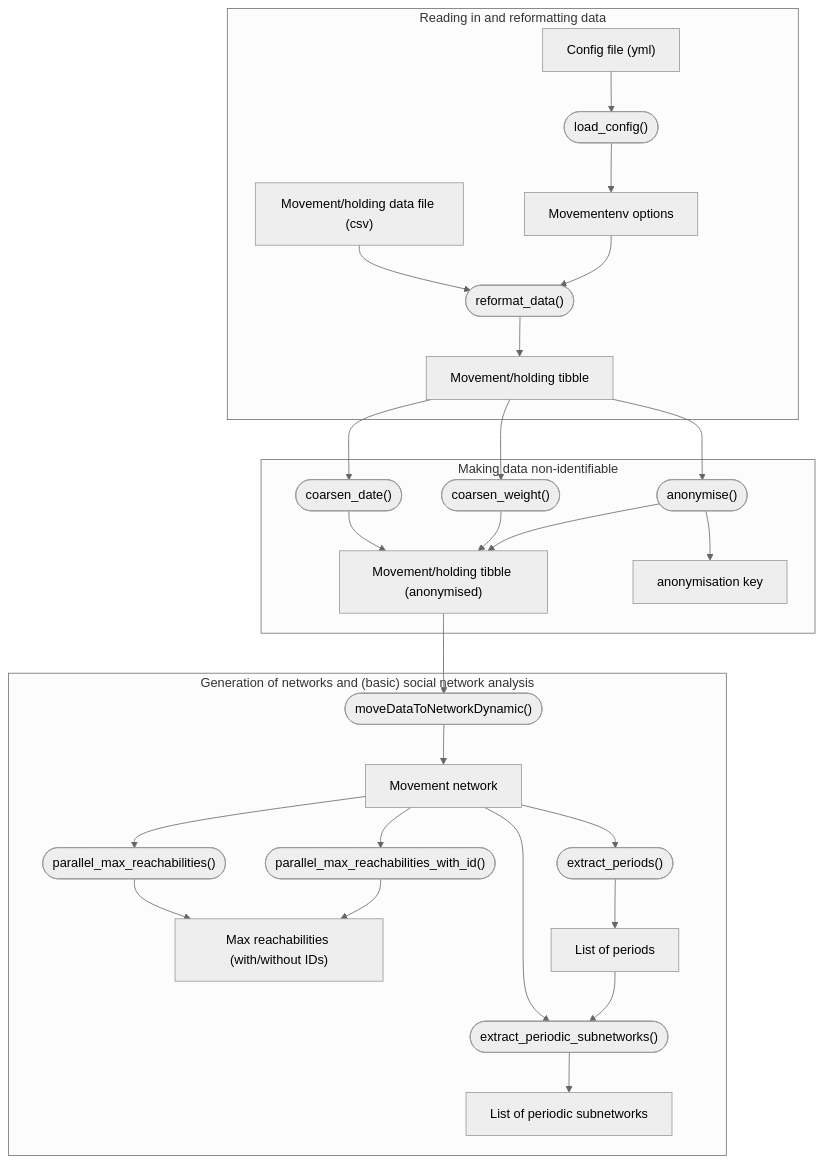
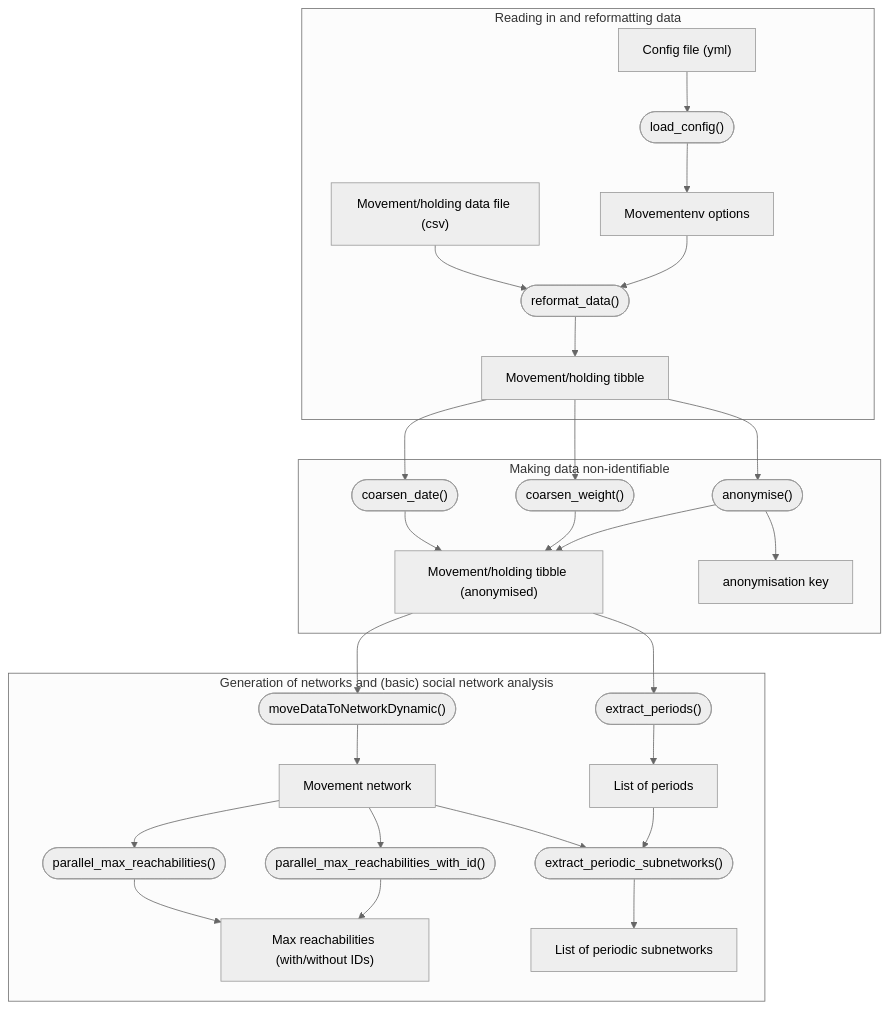
The diagram in man/figures/readme-flowchart.mmd (digivet-consortium/movenet), drawn with Mermaid before and after one commit. The commit also changed 1 other file, not shown here.

Commit message:
fix mistake in flowchart

```diff
--- a/man/figures/readme-flowchart.mmd
+++ b/man/figures/readme-flowchart.mmd
@@ -1,25 +1,25 @@
 %%{init: {'theme':'neutral'}}%%
 flowchart TD
     subgraph reformat ["Reading in and reformatting data"]
     CSV["Movement/holding data file (csv)"]
     CSV-->REFORMAT(["reformat_data()"])
     YML["Config file (yml)"]
     YML --> CFG(["load_config()"]) --> ENV[Movementenv options]
     ENV --> REFORMAT
     REFORMAT --> TBL["Movement/holding tibble"]
     end
     subgraph anonymisation ["Making data non-identifiable"]
     TBL --> CDT(["coarsen_date()"]) --> ATBL["Movement/holding tibble (anonymised)"]
     TBL --> CWT(["coarsen_weight()"]) --> ATBL
     TBL --> ANON(["anonymise()"]) --> ATBL
     ANON --> ANONKEY["anonymisation key"]
     end
     subgraph net ["Generation of networks and (basic) social network analysis"]
     ATBL --> MKNET(["moveDataToNetworkDynamic()"])
     MKNET --> NET[Movement network]
     NET --> PMR(["parallel_max_reachabilities()"]) --> MR["Max reachabilities (with/without IDs)"]
     NET --> PMRID(["parallel_max_reachabilities_with_id()"]) --> MR
-    NET --> EXPER(["extract_periods()"]) --> PER["List of periods"]
+    ATBL --> EXPER(["extract_periods()"]) --> PER["List of periods"]
     NET --> EXPSN(["extract_periodic_subnetworks()"]) --> PSN["List of periodic subnetworks"]
     PER --> EXPSN
     end
```
